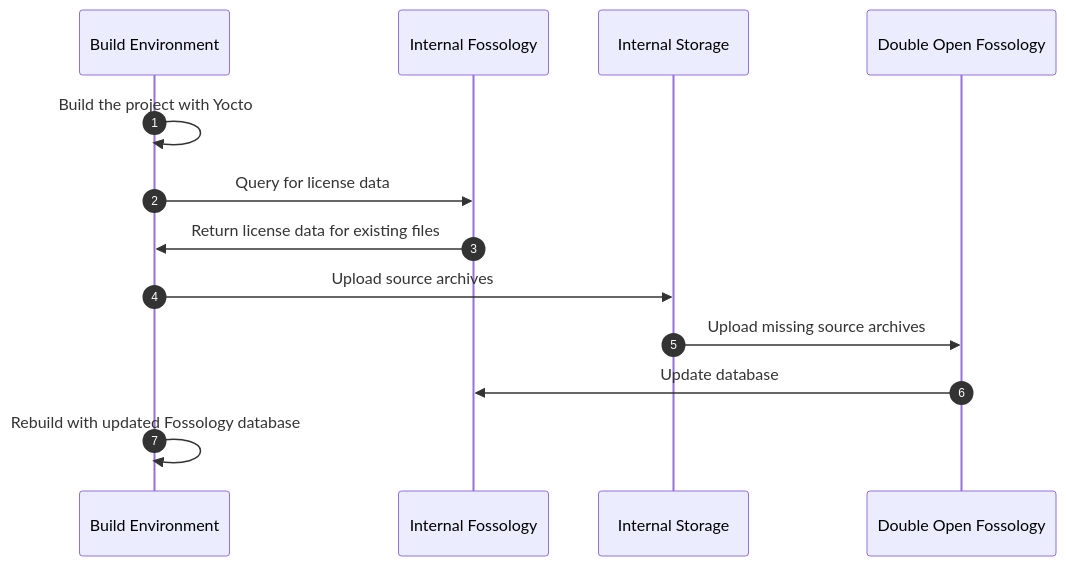
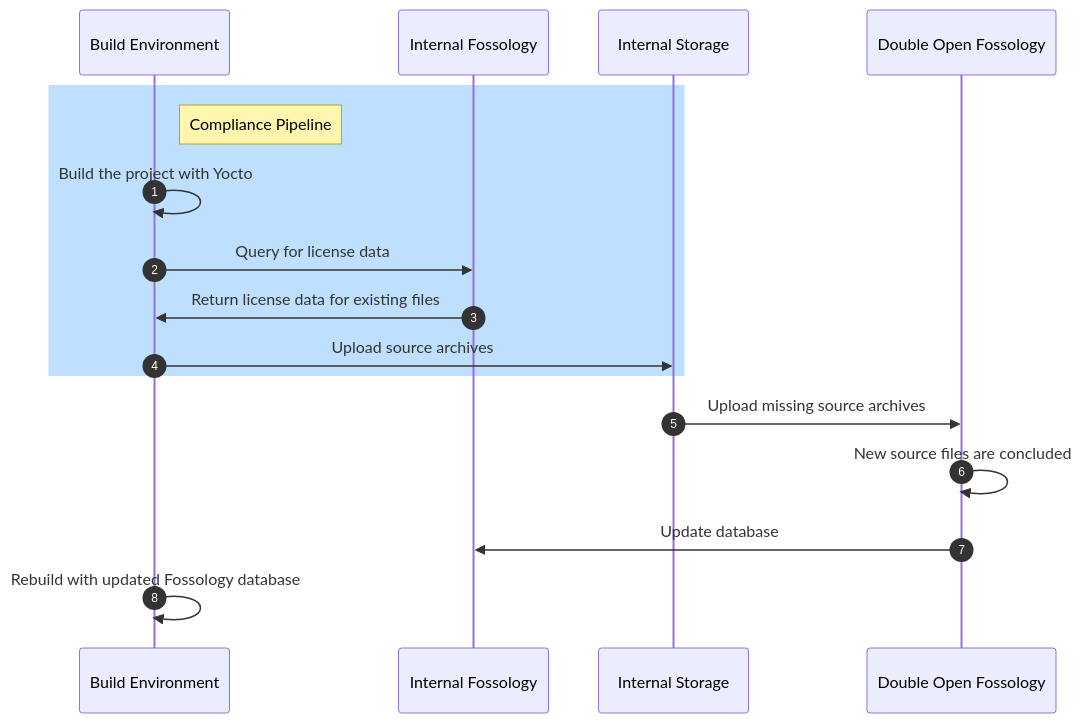
The diagram in src/fossology-migration.md (doubleopen-project/doubleopen-project.github.io), drawn with Mermaid before and after one commit.

Commit message:
Update sequence diagram

````diff
--- a/src/fossology-migration.md
+++ b/src/fossology-migration.md
@@ -13,12 +13,16 @@
 ```mermaid
 sequenceDiagram
   autonumber
 
+  rect rgb(191, 223, 255)
+  note right of Build Environment: Compliance Pipeline
   Build Environment->>Build Environment: Build the project with Yocto
   Build Environment->>Internal Fossology: Query for license data
   Internal Fossology->>Build Environment: Return license data for existing files
   Build Environment->>Internal Storage: Upload source archives
+  end
   Internal Storage->>Double Open Fossology: Upload missing source archives
+  Double Open Fossology->>Double Open Fossology: New source files are concluded
   Double Open Fossology->>Internal Fossology: Update database
   Build Environment->>Build Environment: Rebuild with updated Fossology database
 ```
````
